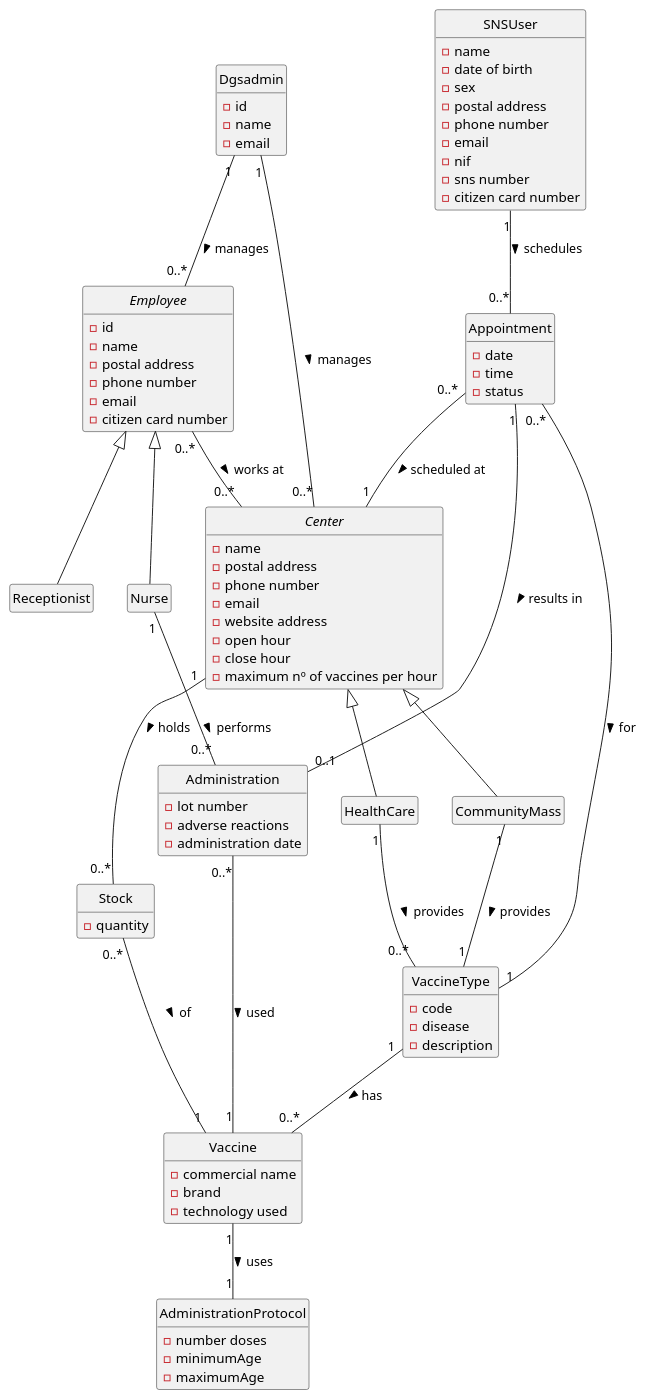
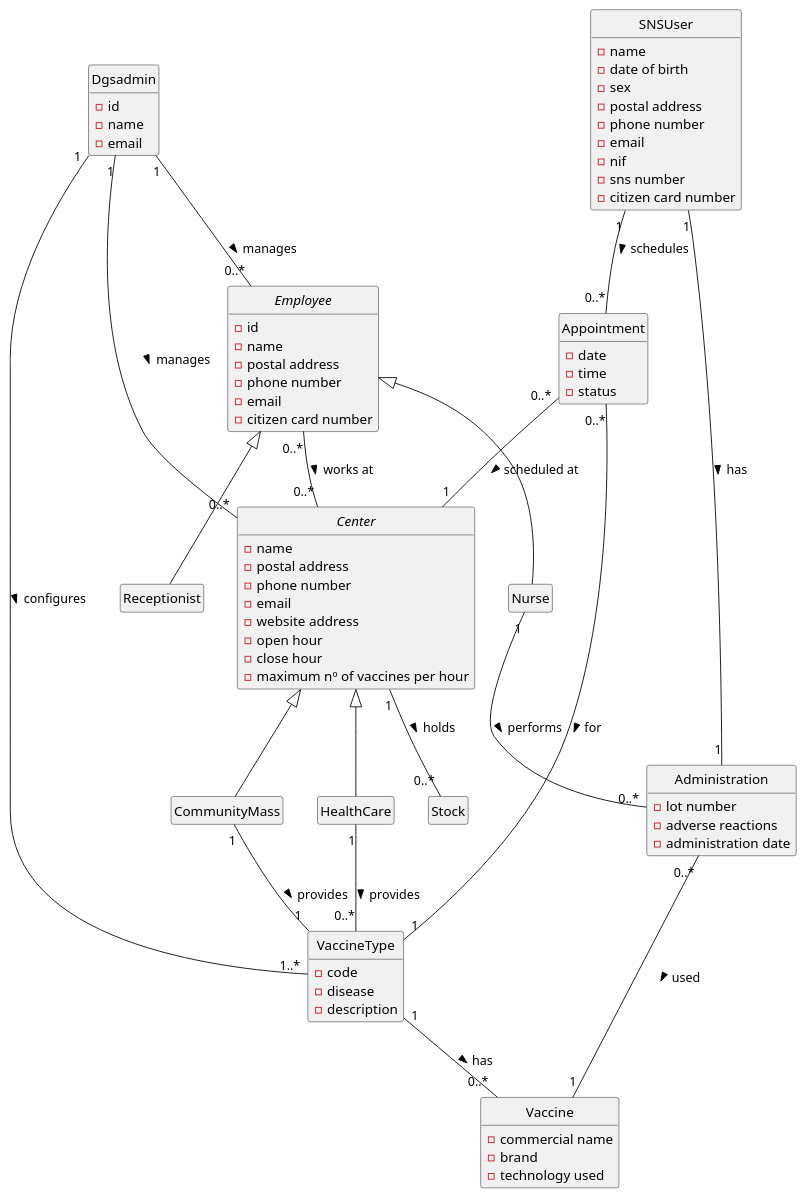
Before and after one commit to goncalomaia18/leti-esoft-25-26-C3: the diagram in docs/system-documentation/global-artifacts/puml/Modelo Dominio.puml, drawn with PlantUML. The commit also changed 5 other files, not shown here.

```diff
--- a/docs/system-documentation/global-artifacts/puml/Modelo Dominio.puml
+++ b/docs/system-documentation/global-artifacts/puml/Modelo Dominio.puml
@@ -1,115 +1,105 @@
 @startuml
 hide empty members
 hide circle
 
 
 abstract class Employee {
     -id
     -name
     -postal address
     -phone number
     -email
     -citizen card number
 }
 
 abstract class Center {
     -name
     -postal address
     -phone number
     -email
     -website address
     -open hour
     -close hour
     -maximum nº of vaccines per hour
 }
 
 class Nurse {
 }
 
 class Receptionist {
 }
 
 
 class HealthCare {
 }
 
 class CommunityMass {
 }
 
 class Administration {
 -lot number
 -adverse reactions
 -administration date
 }
 
-class AdministrationProtocol {
--number doses
--minimumAge
--maximumAge
-}
-
-class Stock {
--quantity
-}
 
 class Dgsadmin {
     -id
     -name
     -email
 }
 
 class VaccineType {
     -code
     -disease
     -description
 }
 
 class Vaccine {
     -commercial name
     -brand
     -technology used
 }
 
 class Appointment {
     -date
     -time
     -status
 }
 
 class SNSUser {
     -name
     -date of birth
     -sex
     -postal address
     -phone number
     -email
     -nif
     -sns number
     -citizen card number
 }
 
 
 Employee <|-- Nurse
 Employee <|-- Receptionist
 Center <|-- HealthCare
 Center <|-- CommunityMass
 
 
 
 Dgsadmin "1" -- "0..*" Employee : manages >
 Dgsadmin "1" -- "0..*" Center : manages >
 Employee "0..*" -- "0..*" Center : works at >
 SNSUser "1" -- "0..*" Appointment : schedules >
+SNSUser "1" -- "1" Administration : has >
 Appointment "0..*" -- "1" Center : scheduled at >
 Appointment "0..*" -- "1" VaccineType : for >
 HealthCare "1" -- "0..*" VaccineType : provides >
 CommunityMass "1" -- "1" VaccineType : provides >
 VaccineType "1" -- "0..*" Vaccine : has >
-Vaccine "1" -- "1" AdministrationProtocol : uses >
 Center "1" -- "0..*" Stock : holds >
-Stock "0..*" -- "1" Vaccine : of >
 Nurse "1" -- "0..*" Administration : performs >
-Appointment "1" -- "0..1" Administration : results in >
 Administration "0..*" -- "1" Vaccine : used >
+Dgsadmin "1" -- "1..*" VaccineType : configures >
 
 @enduml
```
